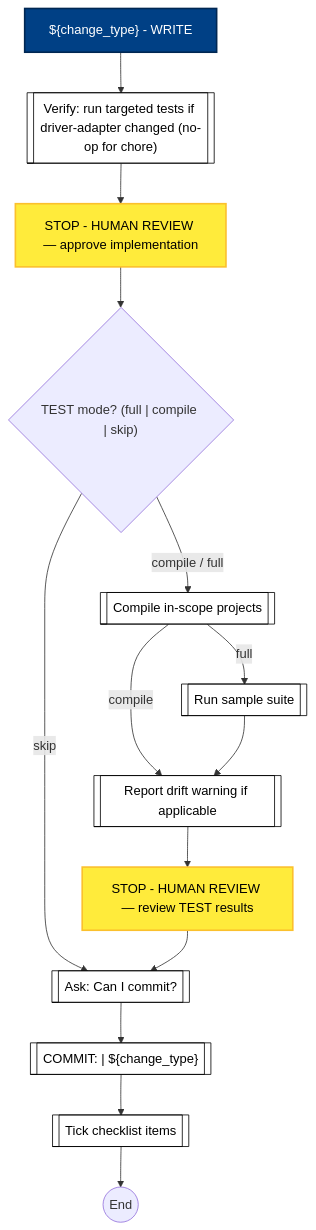
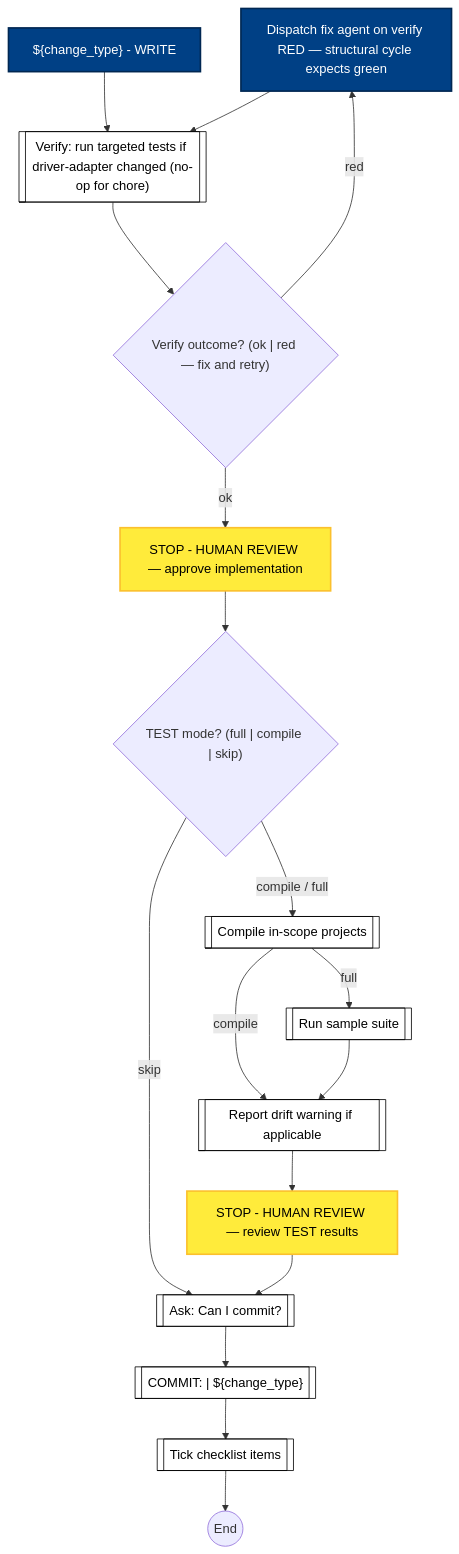
One commit to optivem/gh-optivem changed the ninth of 13 diagrams in docs/process-diagram.md. Above: the diagram before and after it, drawn with Mermaid. The commit also changed other lines of this file and 14 other files, not shown here.

Commit message:
atdd: structural verify-failure gateway, fix-verify agent, retry-once policy

````diff
--- a/docs/process-diagram.md
+++ b/docs/process-diagram.md
@@ -240,38 +240,43 @@
 ```mermaid
 flowchart TD
     ASK_COMMIT[[Ask: Can I commit?]]
     COMMIT_STRUCT[["COMMIT: <Ticket> | ${change_type}"]]
     COMPILE[[Compile in-scope projects]]
     DRIFT[[Report drift warning if applicable]]
+    FIX_STRUCT_VERIFY[Dispatch fix agent on verify RED — structural cycle expects green]
+    GATE_STRUCT_VERIFY{"Verify outcome? (ok | red — fix and retry)"}
     GATE_TEST_MODE{"TEST mode? (full | compile | skip)"}
     SAMPLE[[Run sample suite]]
     STOP_STRUCT_REVIEW[STOP - HUMAN REVIEW — approve implementation]
     STOP_STRUCT_TEST[STOP - HUMAN REVIEW — review TEST results]
     STRUCT_END((End))
     STRUCT_WRITE["${change_type} - WRITE"]
     TICK[[Tick checklist items]]
     VERIFY_STRUCT_DRIVER[["Verify: run targeted tests if driver-adapter changed (no-op for chore)"]]
 
     STRUCT_WRITE --> VERIFY_STRUCT_DRIVER
-    VERIFY_STRUCT_DRIVER --> STOP_STRUCT_REVIEW
+    VERIFY_STRUCT_DRIVER --> GATE_STRUCT_VERIFY
+    GATE_STRUCT_VERIFY -- ok --> STOP_STRUCT_REVIEW
+    GATE_STRUCT_VERIFY -- red --> FIX_STRUCT_VERIFY
+    FIX_STRUCT_VERIFY --> VERIFY_STRUCT_DRIVER
     STOP_STRUCT_REVIEW --> GATE_TEST_MODE
     GATE_TEST_MODE -- skip --> ASK_COMMIT
     GATE_TEST_MODE -- compile / full --> COMPILE
     COMPILE -- full --> SAMPLE
     COMPILE -- compile --> DRIFT
     SAMPLE --> DRIFT
     DRIFT --> STOP_STRUCT_TEST
     STOP_STRUCT_TEST --> ASK_COMMIT
     ASK_COMMIT --> COMMIT_STRUCT
     COMMIT_STRUCT --> TICK
     TICK --> STRUCT_END
 
     classDef serviceNode fill:#ffffff,stroke:#000000,stroke-width:1px,color:#000000
     class ASK_COMMIT,COMMIT_STRUCT,COMPILE,DRIFT,SAMPLE,TICK,VERIFY_STRUCT_DRIVER serviceNode
 
     classDef agentNode fill:#004085,stroke:#002752,stroke-width:2px,color:#ffffff
-    class STRUCT_WRITE agentNode
+    class FIX_STRUCT_VERIFY,STRUCT_WRITE agentNode
 
     classDef humanNode fill:#ffeb3b,stroke:#fbc02d,stroke-width:2px,color:#000000
     class STOP_STRUCT_REVIEW,STOP_STRUCT_TEST humanNode
 ```
````
